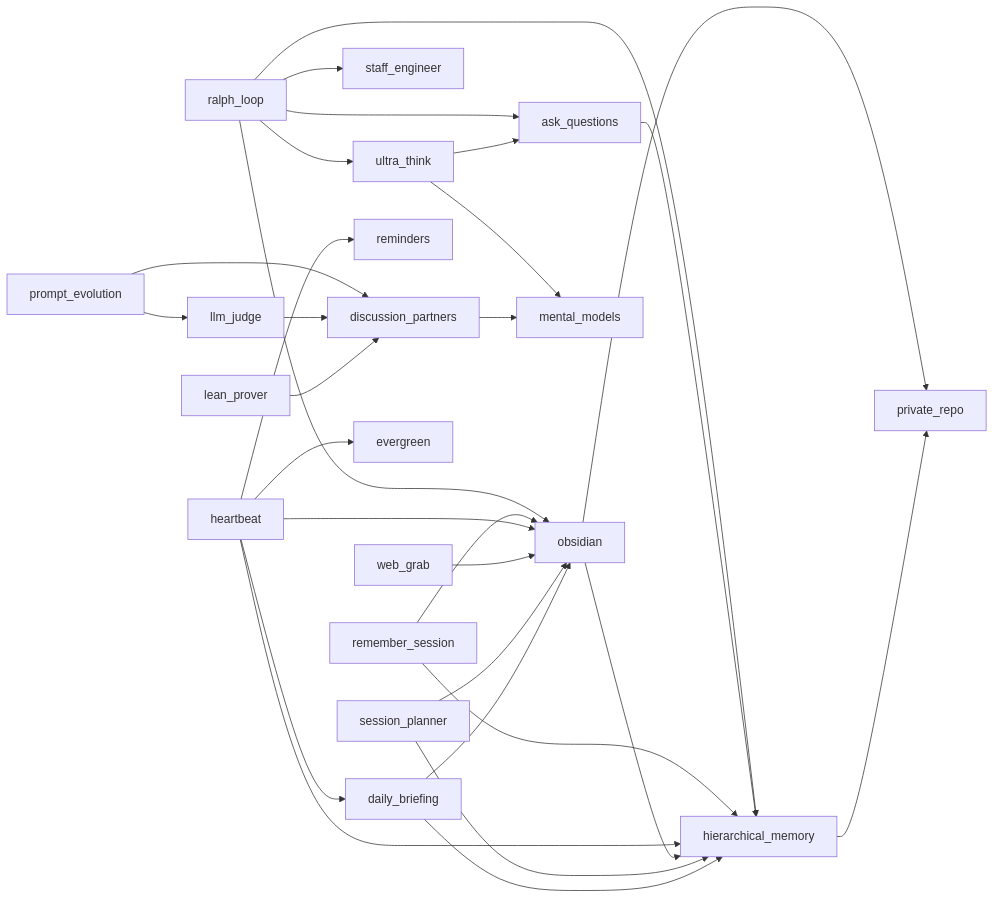
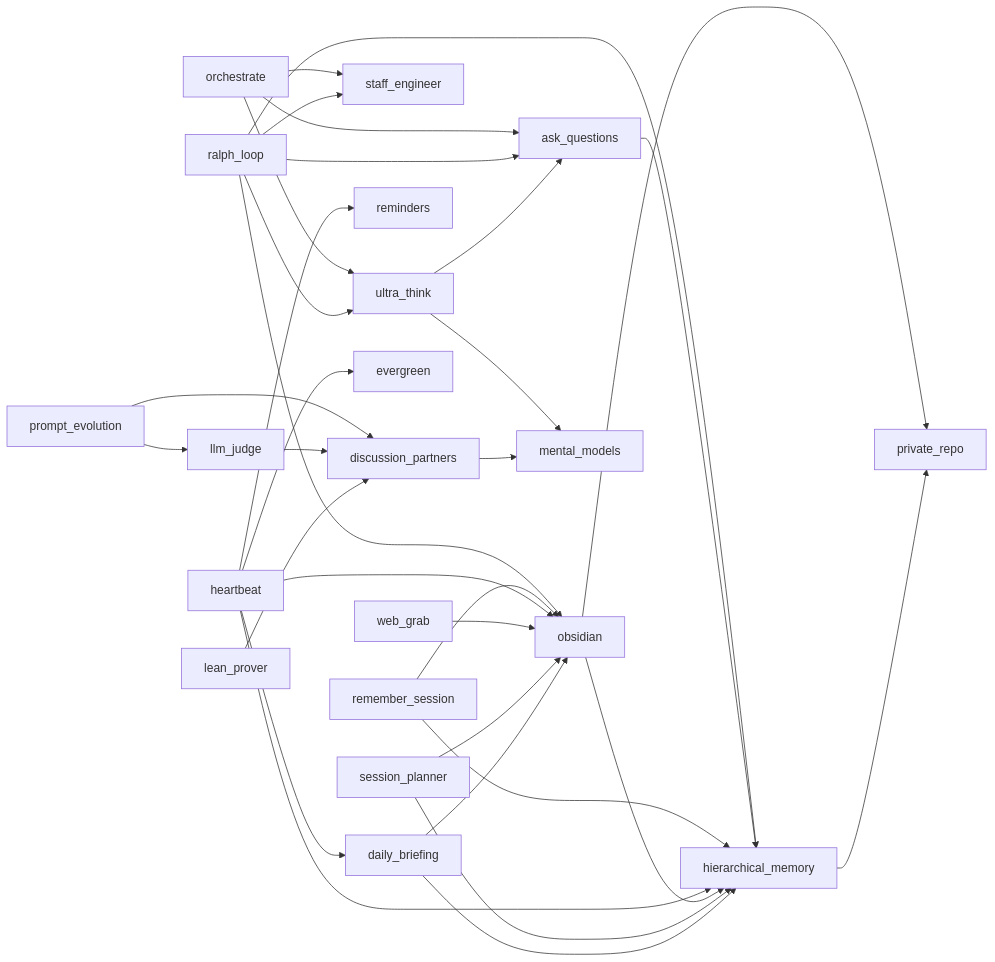
One commit to zachmayer/skills changed the diagram in README.md. Above: the diagram before and after it, drawn with Mermaid. The commit also changed other lines of this file and 1 other file, not shown here.

Commit message:
Add agent coordinator skill (#52) (#142)
* Add agent coordinator skill for dependency-aware sub-agent orchestration

Fixes #52

* Rename agent_coordinator → orchestrate, fix tool references

- Rename skill directory and frontmatter name to `orchestrate`
- Promote Agent Routing Guide to top-level section (before Phase 1)
- Fix misleading `{results.task-id}` placeholder — clarify that the
  coordinator must manually substitute upstream results into prompts
- Replace nonexistent `TodoWrite` with `TaskCreate`/`TaskUpdate`
- Update README.md skill table and mermaid graph

---------

````diff
--- a/README.md
+++ b/README.md
@@ -96,31 +97,34 @@
 ```mermaid
 graph LR
+    orchestrate --> ultra_think
+    orchestrate --> staff_engineer
+    orchestrate --> ask_questions
     ralph_loop --> ultra_think
     ralph_loop --> staff_engineer
     ralph_loop --> ask_questions
     ralph_loop --> hierarchical_memory
     ralph_loop --> obsidian
     ultra_think --> mental_models
     ultra_think --> ask_questions
     ask_questions --> hierarchical_memory
     prompt_evolution --> discussion_partners
     prompt_evolution --> llm_judge
     llm_judge --> discussion_partners
     discussion_partners --> mental_models
     remember_session --> hierarchical_memory
     remember_session --> obsidian
     heartbeat --> hierarchical_memory
     heartbeat --> obsidian
     heartbeat --> reminders
     heartbeat --> daily_briefing
     heartbeat --> evergreen
     obsidian --> hierarchical_memory
     obsidian --> private_repo
     hierarchical_memory --> private_repo
     web_grab --> obsidian
     lean_prover --> discussion_partners
     session_planner --> hierarchical_memory
     session_planner --> obsidian
     daily_briefing --> hierarchical_memory
     daily_briefing --> obsidian
 ```
````
